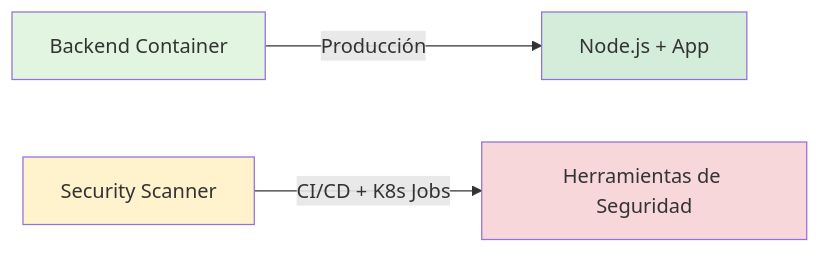
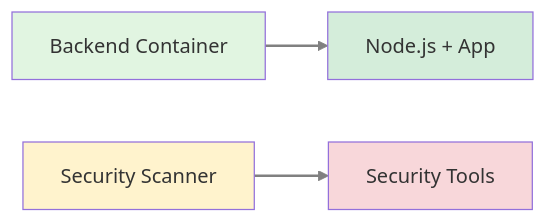
Before and after one commit to altrupets/monorepo: the first of 2 diagrams in docs/content/devsecops/security-scanner.md, drawn with Mermaid. The commit also changed other lines of this file, not shown here.

First line of the commit message:
fix(docs): convertir diagramas ASCII en security-scanner.md

````diff
--- a/docs/content/devsecops/security-scanner.md
+++ b/docs/content/devsecops/security-scanner.md
@@ -11,10 +11,12 @@
 ```mermaid
 graph LR
-    A[Backend Container] -->|Producción| B[Node.js + App]
-    C[Security Scanner] -->|CI/CD + K8s Jobs| D[Herramientas de Seguridad]
+    A[Backend Container] --> B[Node.js + App]
+    C[Security Scanner] --> D[Security Tools]
     
     style A fill:#e1f5e1
     style C fill:#fff3cd
     style B fill:#d4edda
     style D fill:#f8d7da
+    
+    linkStyle 0,1 stroke-width:2px,fill:none,stroke:gray
 ```
````
